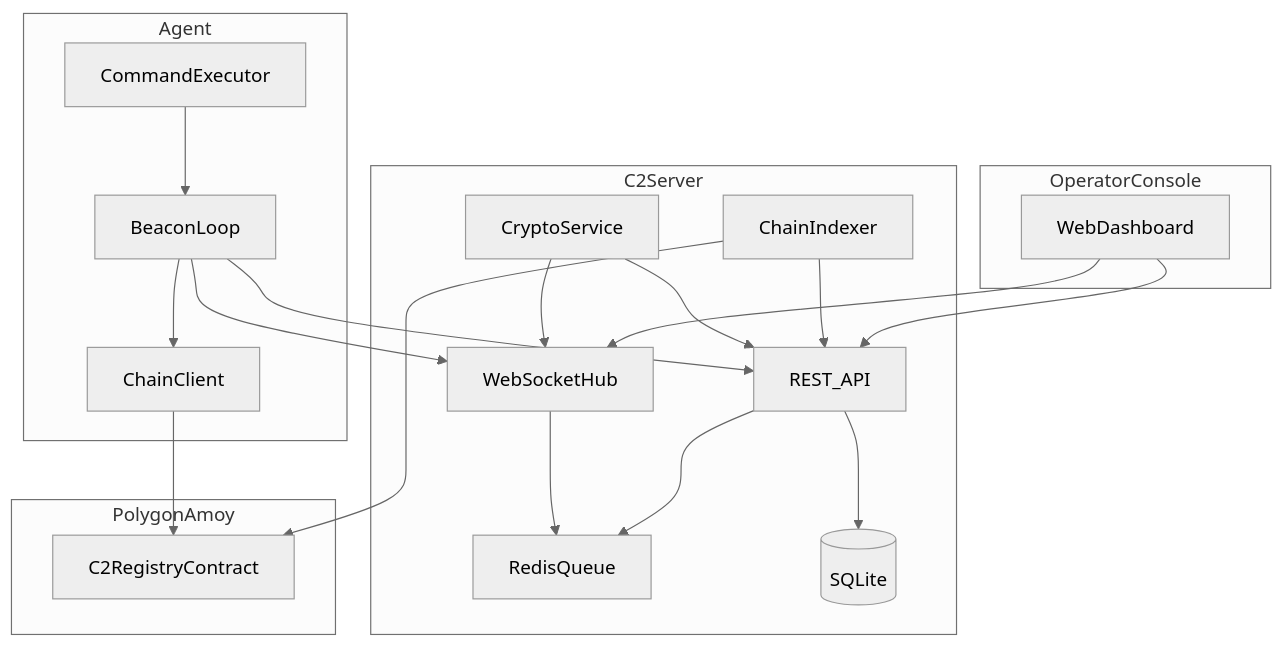
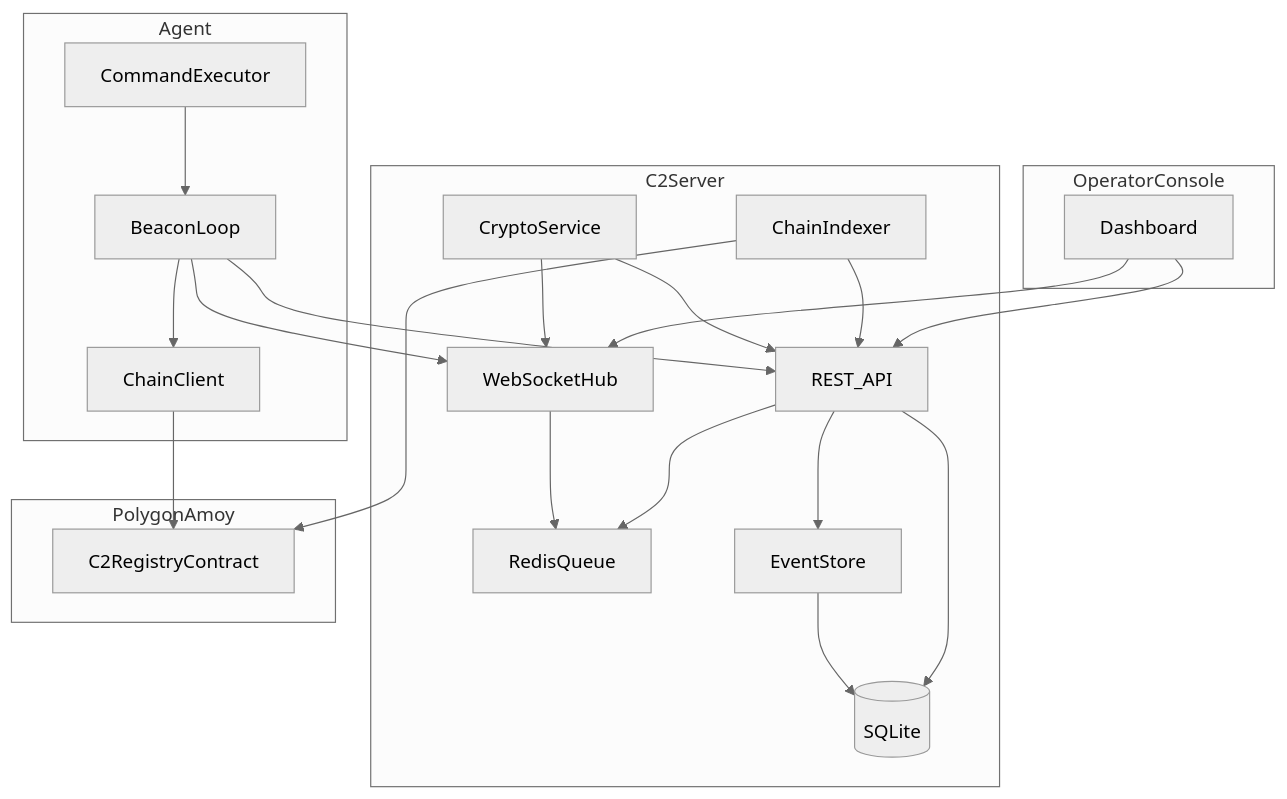
The third of 7 diagrams in c2-blockchain/docs/sdd/02_system_architecture.md (Gergash/ingeleanh), drawn with Mermaid (neutral theme) before and after one commit. The commit also changed other lines of this file and 11 other files, not shown here.

````diff
--- a/c2-blockchain/docs/sdd/02_system_architecture.md
+++ b/c2-blockchain/docs/sdd/02_system_architecture.md
@@ -111,40 +214,43 @@
 ```mermaid
 flowchart TB
   subgraph operator [OperatorConsole]
-    UI[WebDashboard]
+    UI[Dashboard]
   end
 
   subgraph c2server [C2Server]
     API[REST_API]
     WS[WebSocketHub]
     ChainWatcher[ChainIndexer]
     CryptoLayer[CryptoService]
     TaskQueue[RedisQueue]
     DB[(SQLite)]
+    EventStore[EventStore]
   end
 
   subgraph agent [Agent]
     Beacon[BeaconLoop]
     Exec[CommandExecutor]
     ChainReader[ChainClient]
   end
 
   subgraph polygon [PolygonAmoy]
     Registry[C2RegistryContract]
   end
 
   UI --> API
   UI --> WS
   API --> DB
+  API --> EventStore
   API --> TaskQueue
   WS --> TaskQueue
   ChainWatcher --> Registry
   ChainWatcher --> API
   Beacon --> WS
   Beacon --> API
   Beacon --> ChainReader
   ChainReader --> Registry
   Exec --> Beacon
   CryptoLayer --> API
   CryptoLayer --> WS
+  EventStore --> DB
 ```
````
